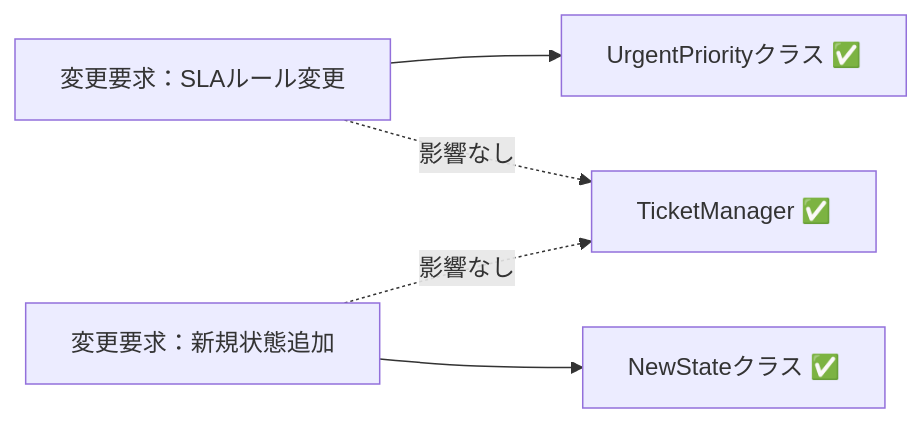
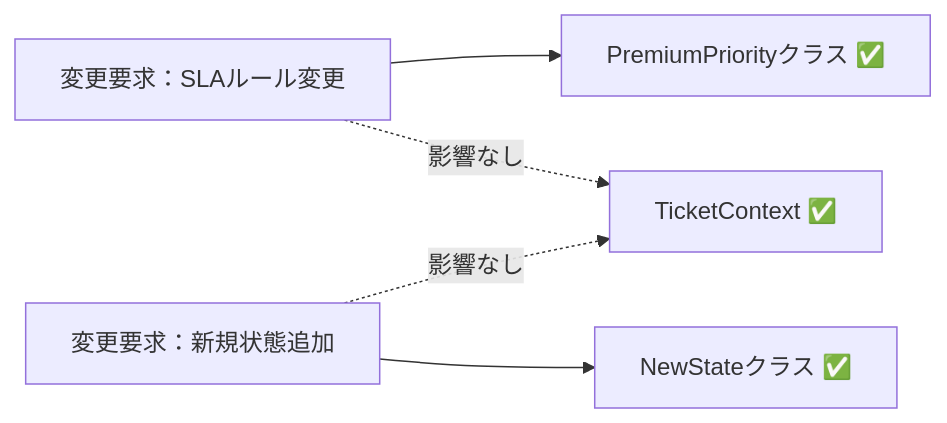
Before and after one commit to kumachan1101-pixel/DesignPattern: diagram 12 of 12 in kindle/design-patterns/output/chapter09_2.md, drawn with Mermaid. The commit also changed other lines of this file and 1 other file, not shown here.

````diff
--- a/kindle/design-patterns/output/chapter09_2.md
+++ b/kindle/design-patterns/output/chapter09_2.md
@@ -1225,8 +1370,8 @@
 ```mermaid
 graph LR
-    T1["変更要求：SLAルール変更"] --> F1["UrgentPriorityクラス ✅"]
-    T1 -. "影響なし" .-> A["TicketManager ✅"]
+    T1["変更要求：SLAルール変更"] --> F1["PremiumPriorityクラス ✅"]
+    T1 -. "影響なし" .-> A["TicketContext ✅"]
     T2["変更要求：新規状態追加"] --> F2["NewStateクラス ✅"]
     T2 -. "影響なし" .-> A
 
 ```
````
